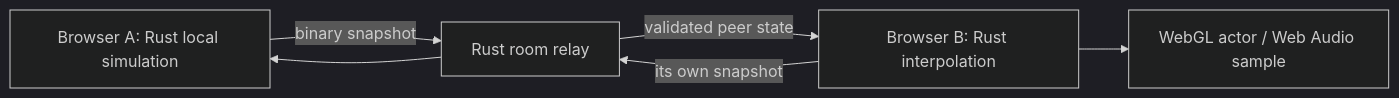
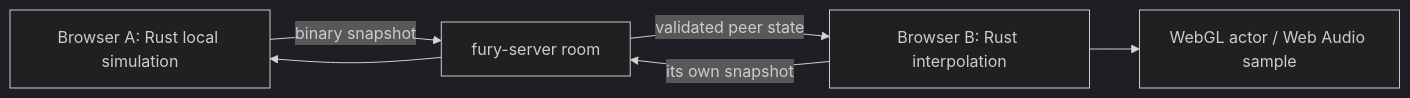
Before and after one commit to nrgapple/atv-offroad-fury-2-web: the diagram in research/MULTIPLAYER.md, drawn with Mermaid (dark theme). The commit also changed other lines of this file and 45 other files, not shown here.

````diff
--- a/research/MULTIPLAYER.md
+++ b/research/MULTIPLAYER.md
@@ -7,8 +14,8 @@
 ```mermaid
 flowchart LR
-    A[Browser A: Rust local simulation] -->|binary snapshot| R[Rust room relay]
+    A[Browser A: Rust local simulation] -->|binary snapshot| R[fury-server room]
     R -->|validated peer state| B[Browser B: Rust interpolation]
     B --> G[WebGL actor / Web Audio sample]
     B -->|its own snapshot| R
     R --> A
 ```
````
